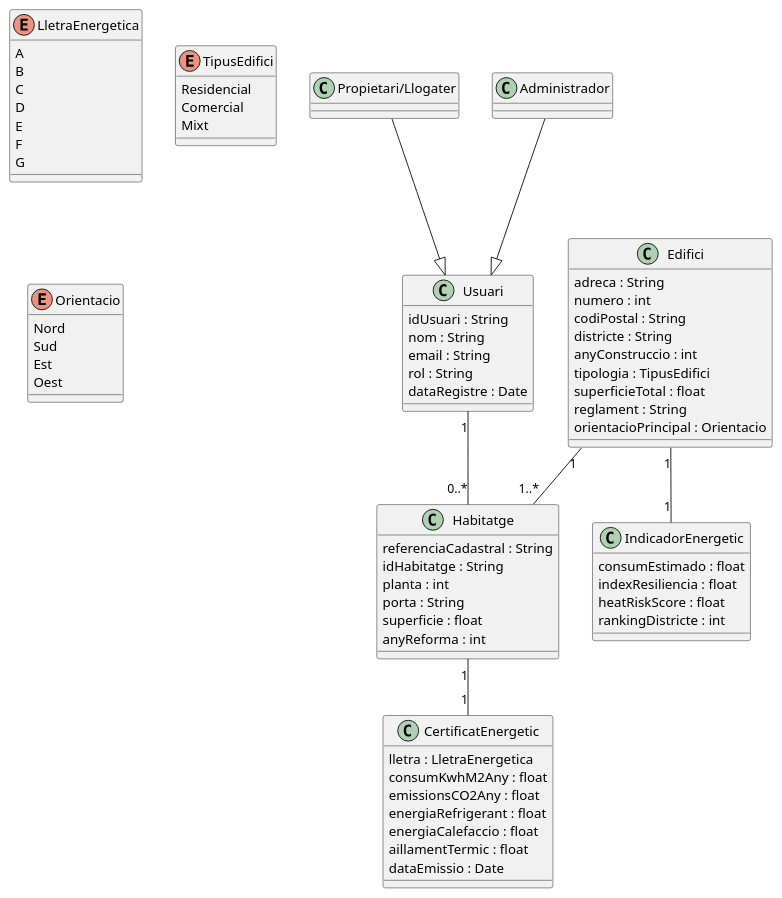
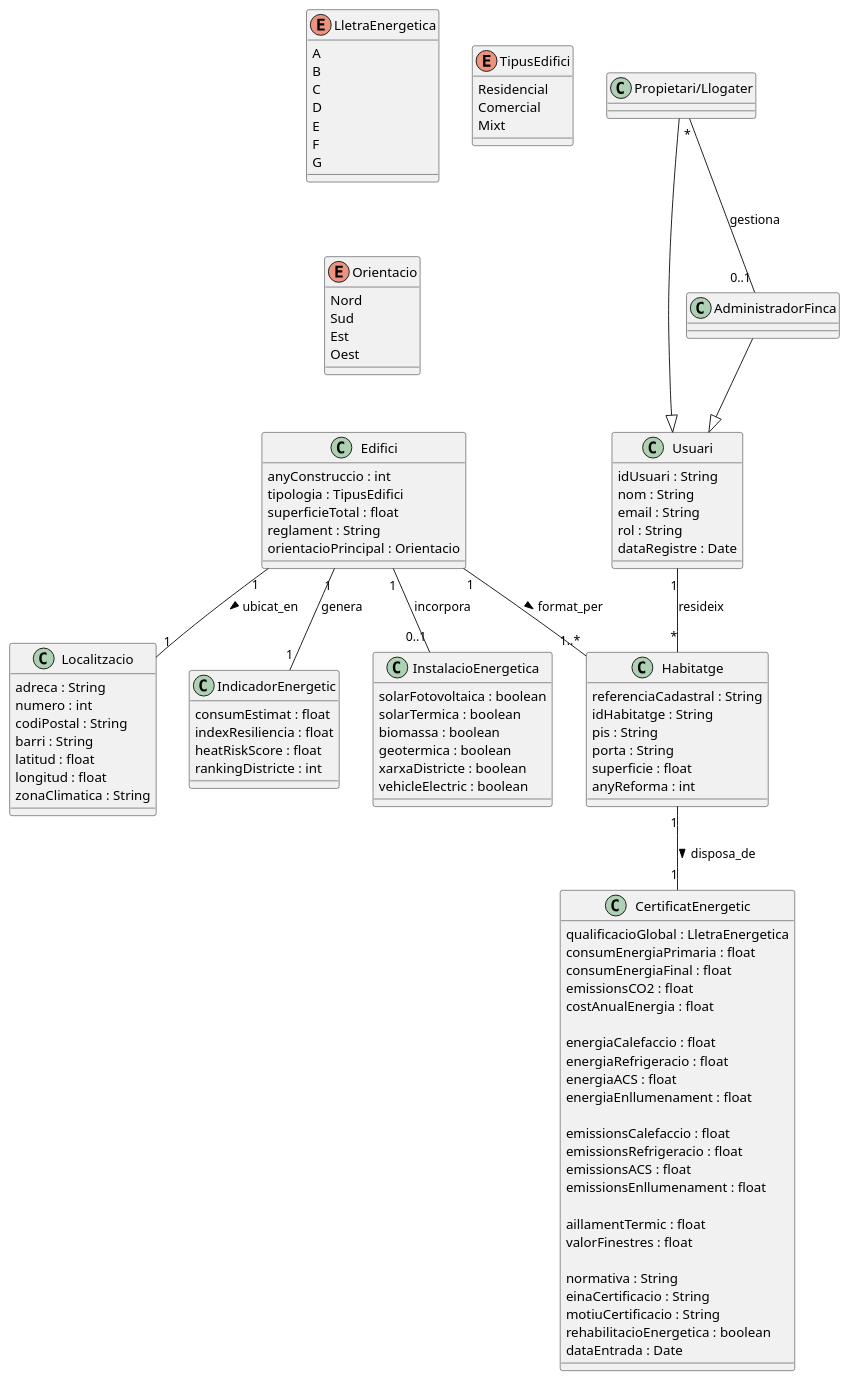
One commit to ScoreLab-Team/Backend-BuildRank changed the diagram in src/diagram.puml. Above: the diagram before and after it, drawn with PlantUML. The commit also changed 2 other files, not shown here.

Commit message:
Versió inicial UML

```diff
--- a/src/diagram.puml
+++ b/src/diagram.puml
@@ -1,83 +1,117 @@
 @startuml
 
 class Edifici {
-  adreca : String
-  numero : int
-  codiPostal : String
-  districte : String
-  anyConstruccio : int
-  tipologia : TipusEdifici
-  superficieTotal : float
-  reglament : String
-  orientacioPrincipal : Orientacio
+    anyConstruccio : int
+    tipologia : TipusEdifici
+    superficieTotal : float
+    reglament : String
+    orientacioPrincipal : Orientacio
 }
 
 class Habitatge {
   referenciaCadastral : String
   idHabitatge : String
-  planta : int
+  pis : String
   porta : String
   superficie : float
   anyReforma : int
 }
 
+class Localitzacio {
+  adreca : String
+  numero : int
+  codiPostal : String
+  barri : String
+  latitud : float
+  longitud : float
+  zonaClimatica : String
+}
 class CertificatEnergetic {
-  lletra : LletraEnergetica
-  consumKwhM2Any : float
-  emissionsCO2Any : float
-  energiaRefrigerant : float
-  energiaCalefaccio : float
-  aillamentTermic : float
-  dataEmissio : Date
+    qualificacioGlobal : LletraEnergetica
+    consumEnergiaPrimaria : float
+    consumEnergiaFinal : float
+    emissionsCO2 : float
+    costAnualEnergia : float
+
+    energiaCalefaccio : float
+    energiaRefrigeracio : float
+    energiaACS : float
+    energiaEnllumenament : float
+
+    emissionsCalefaccio : float
+    emissionsRefrigeracio : float
+    emissionsACS : float
+    emissionsEnllumenament : float
+
+    aillamentTermic : float
+    valorFinestres : float
+
+    normativa : String
+    einaCertificacio : String
+    motiuCertificacio : String
+    rehabilitacioEnergetica : boolean
+    dataEntrada : Date
 }
 
 class IndicadorEnergetic {
-  consumEstimado : float
+  consumEstimat : float
   indexResiliencia : float
   heatRiskScore : float
   rankingDistricte : int
 }
 
 class Usuari {
   idUsuari : String
   nom : String
   email : String
   rol : String
   dataRegistre : Date
 }
 
 class Propietari/Llogater{}
-class Administrador{}
+class AdministradorFinca{}
+
+class InstalacioEnergetica {
+  solarFotovoltaica : boolean
+  solarTermica : boolean
+  biomassa : boolean
+  geotermica : boolean
+  xarxaDistricte : boolean
+  vehicleElectric : boolean
+}
 
 enum LletraEnergetica {
   A
   B
   C
   D
   E
   F
   G
 }
 
 enum TipusEdifici {
   Residencial
   Comercial
   Mixt
 }
 
 enum Orientacio {
   Nord
   Sud
   Est
   Oest
 }
 
 ' Relacions
-Edifici "1" -- "1..*" Habitatge
-Habitatge "1" -- "1" CertificatEnergetic
-Edifici "1" -- "1" IndicadorEnergetic
-Usuari "1" -- "0..*" Habitatge
-Administrador --|> Usuari
+Edifici "1" -- "1" Localitzacio : ubicat_en >
+Edifici "1" -- "1..*" Habitatge : format_per >
+Habitatge "1" -- "1" CertificatEnergetic : disposa_de >
+Edifici "1" -- "1" IndicadorEnergetic : genera
+Usuari "1" -- "*" Habitatge : resideix
+"Propietari/Llogater" "*" -- "0..1" AdministradorFinca : gestiona
+Edifici "1" -- "0..1" InstalacioEnergetica : incorpora
+AdministradorFinca --|> Usuari
 "Propietari/Llogater" --|> Usuari
 
 @enduml
```
